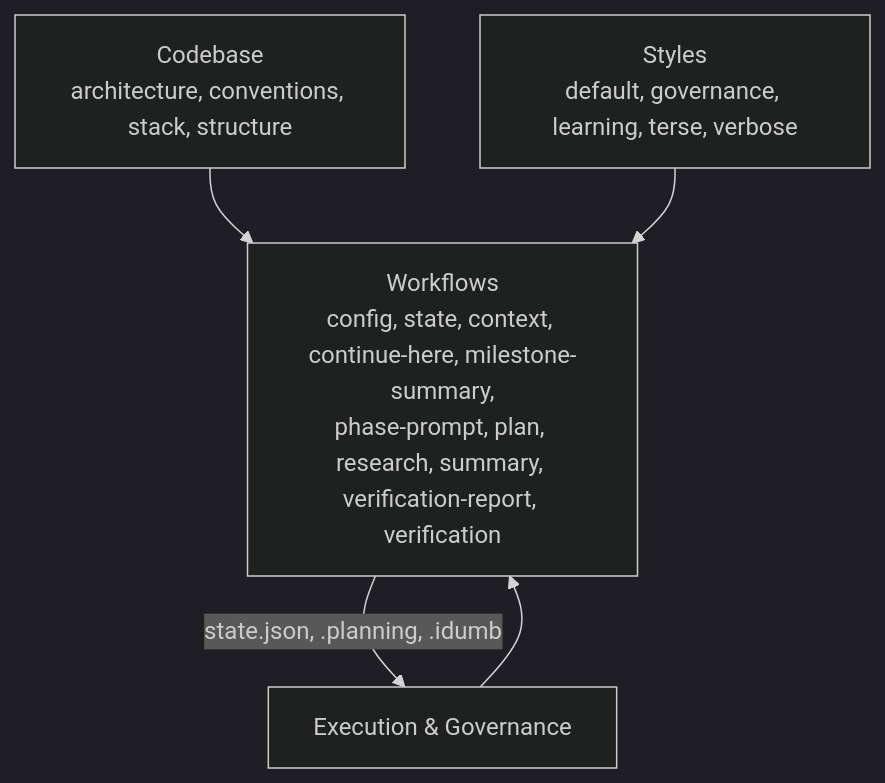
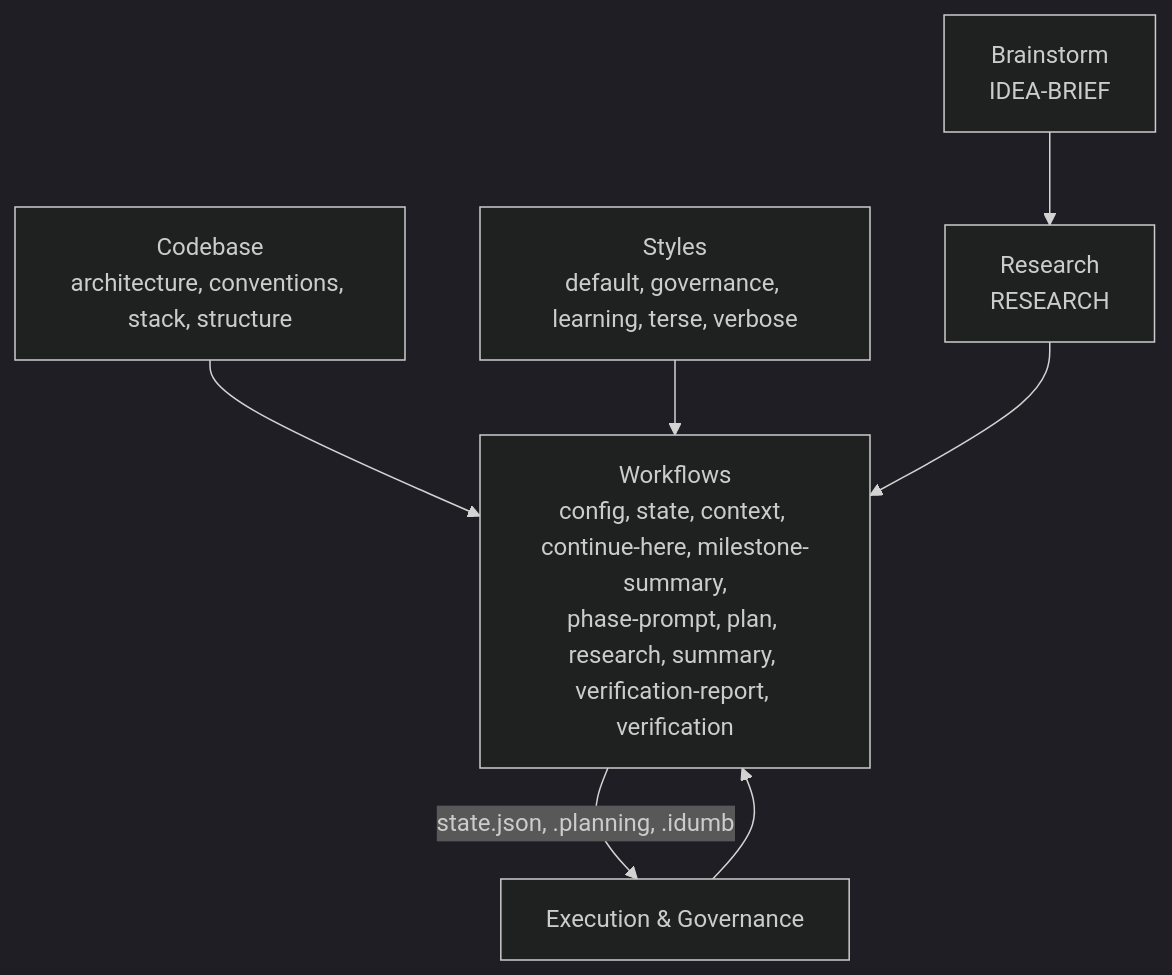
Before and after one commit to shynlee04/idumb-plugin: the third of 3 diagrams in .qoder/repowiki/en/content/Templates and Standards/Template System/Template System.md, drawn with Mermaid (dark theme). The commit also changed other lines of this file and 19 other files, not shown here.

````diff
--- a/.qoder/repowiki/en/content/Templates and Standards/Template System/Template System.md
+++ b/.qoder/repowiki/en/content/Templates and Standards/Template System/Template System.md
@@ -374,10 +438,14 @@
 ```mermaid
 graph TB
 ST["Styles<br/>default, governance, learning, terse, verbose"]
 CT["Codebase<br/>architecture, conventions, stack, structure"]
 WT["Workflows<br/>config, state, context, continue-here, milestone-summary,<br/>phase-prompt, plan, research, summary, verification-report, verification"]
+BT["Brainstorm<br/>IDEA-BRIEF"]
+RT["Research<br/>RESEARCH"]
 CT --> WT
 ST --> WT
+BT --> RT
 WT --> |"state.json, .planning, .idumb"| EXEC["Execution & Governance"]
 EXEC --> WT
+RT --> WT
 ```
````
